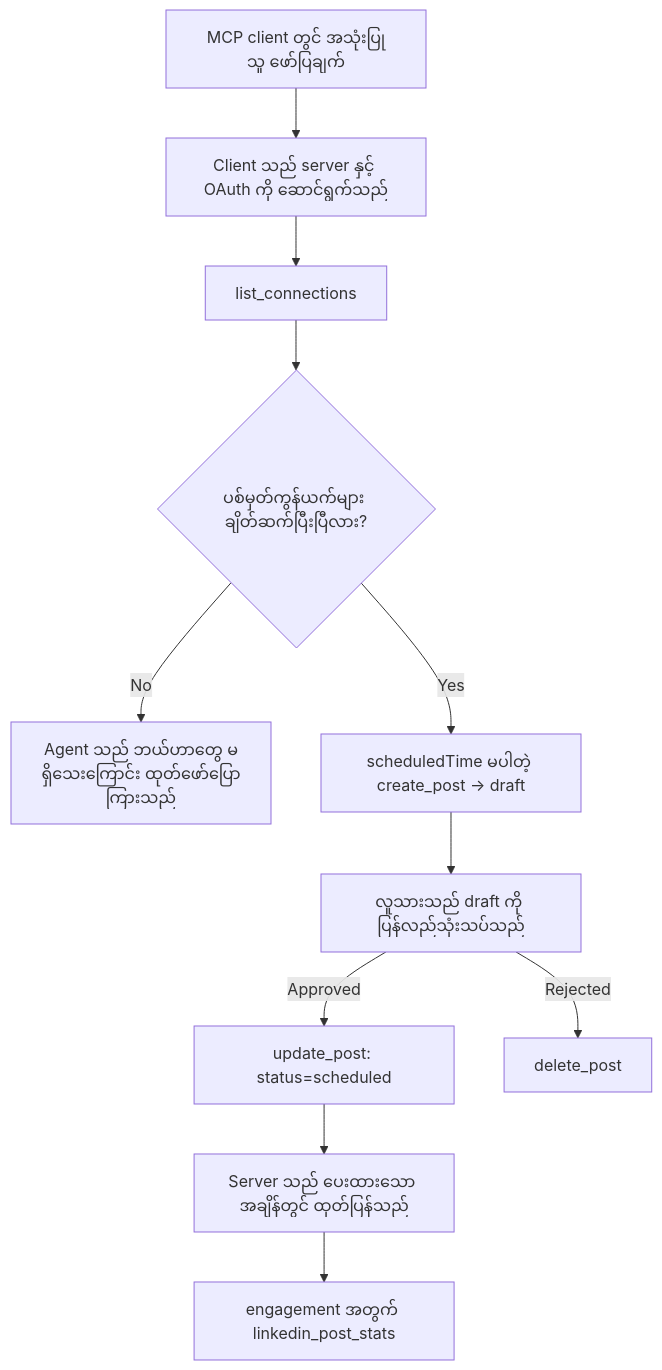
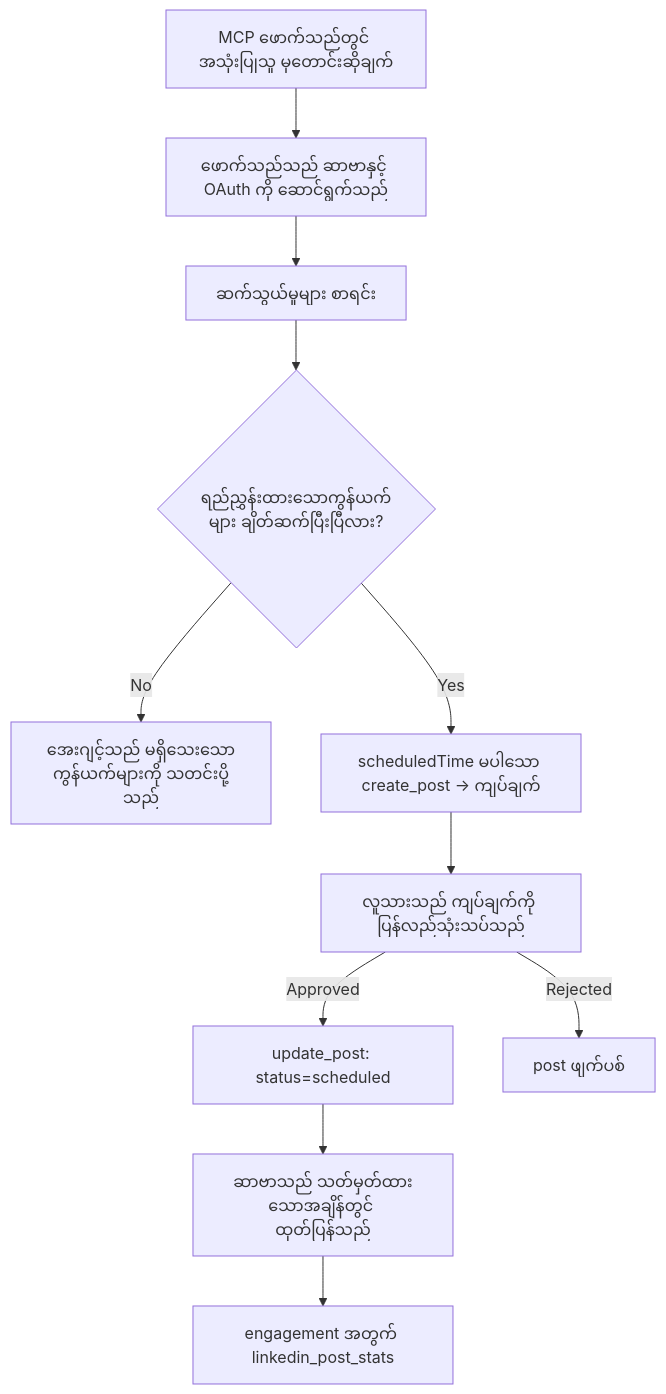
The diagram in translations/my/09-CaseStudy/publora-social-publishing.md (microsoft/mcp-for-beginners), drawn with Mermaid before and after one commit. The commit also changed other lines of this file and 132 other files, not shown here.

````diff
--- a/translations/my/09-CaseStudy/publora-social-publishing.md
+++ b/translations/my/09-CaseStudy/publora-social-publishing.md
@@ -47,13 +47,13 @@
 ```mermaid
 flowchart TD
-    A[MCP client တွင် အသုံးပြုသူ ဖော်ပြချက်] --> B[Client သည် server နှင့် OAuth ကို ဆောင်ရွက်သည်]
-    B --> C[list_connections]
-    C --> D{ပစ်မှတ်ကွန်ယက်များ ချိတ်ဆက်ပြီးပြီလား?}
-    D -- No --> E[Agent သည် ဘယ်ဟာတွေ မရှိသေးကြောင်း ထုတ်ဖော်ပြောကြားသည်]
-    D -- Yes --> F[scheduledTime မပါတဲ့ create_post -> draft]
-    F --> G[လူသားသည် draft ကို ပြန်လည်သုံးသပ်သည်]
+    A[MCP ဖောက်သည်တွင် အသုံးပြုသူ မှတောင်းဆိုချက်] --> B[ဖောက်သည်သည် ဆာဗာနှင့် OAuth ကို ဆောင်ရွက်သည်]
+    B --> C[ဆက်သွယ်မှုများ စာရင်း]
+    C --> D{ရည်ညွှန်းထားသောကွန်ယက်များ ချိတ်ဆက်ပြီးပြီလား?}
+    D -- No --> E[အေးဂျင့်သည် မရှိသေးသောကွန်ယက်များကို သတင်းပို့သည်]
+    D -- Yes --> F[scheduledTime မပါသော create_post -> ကျပ်ချက်]
+    F --> G[လူသားသည် ကျပ်ချက်ကို ပြန်လည်သုံးသပ်သည်]
     G -- Approved --> H[update_post: status=scheduled]
-    G -- Rejected --> I[delete_post]
-    H --> J[Server သည် ပေးထားသော အချိန်တွင် ထုတ်ပြန်သည်]
+    G -- Rejected --> I[post ဖျက်ပစ်]
+    H --> J[ဆာဗာသည် သတ်မှတ်ထားသောအချိန်တွင် ထုတ်ပြန်သည်]
     J --> K[engagement အတွက် linkedin_post_stats]
 ```
````
